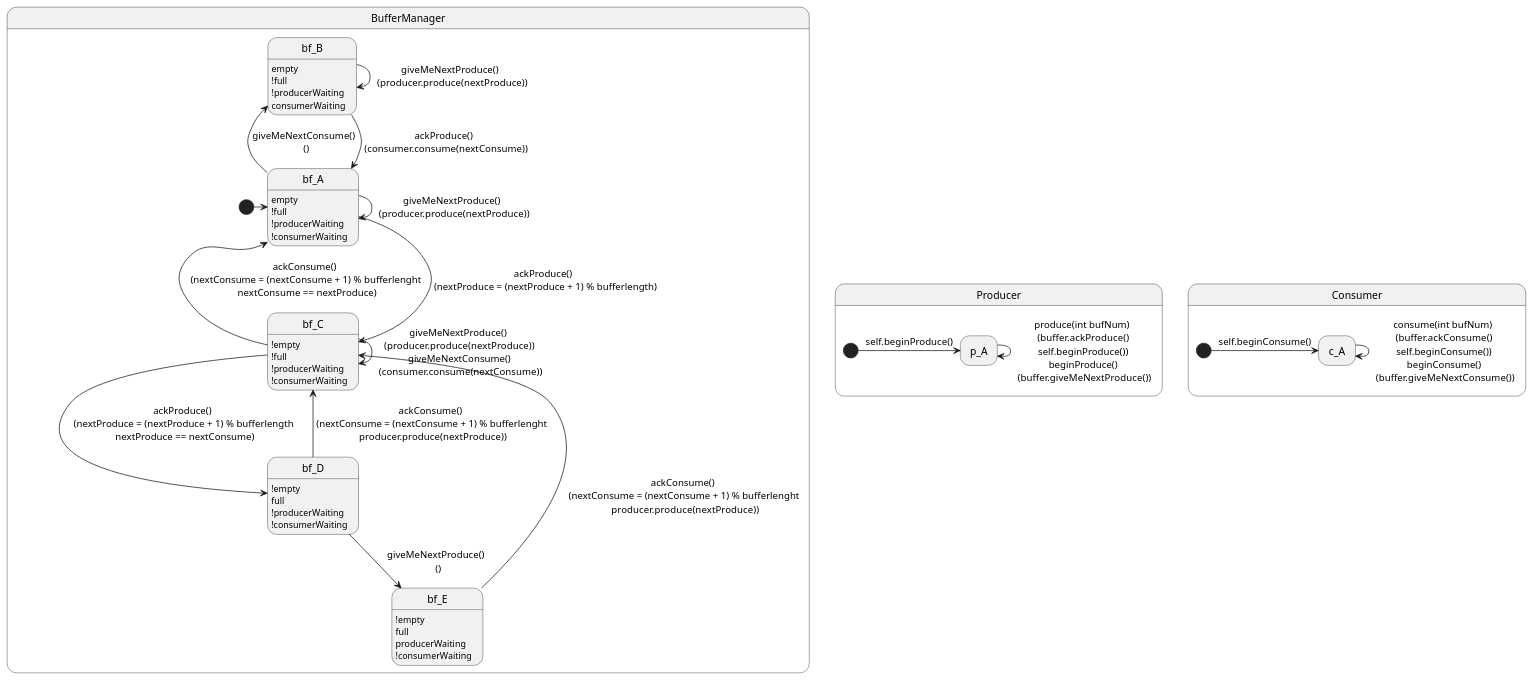
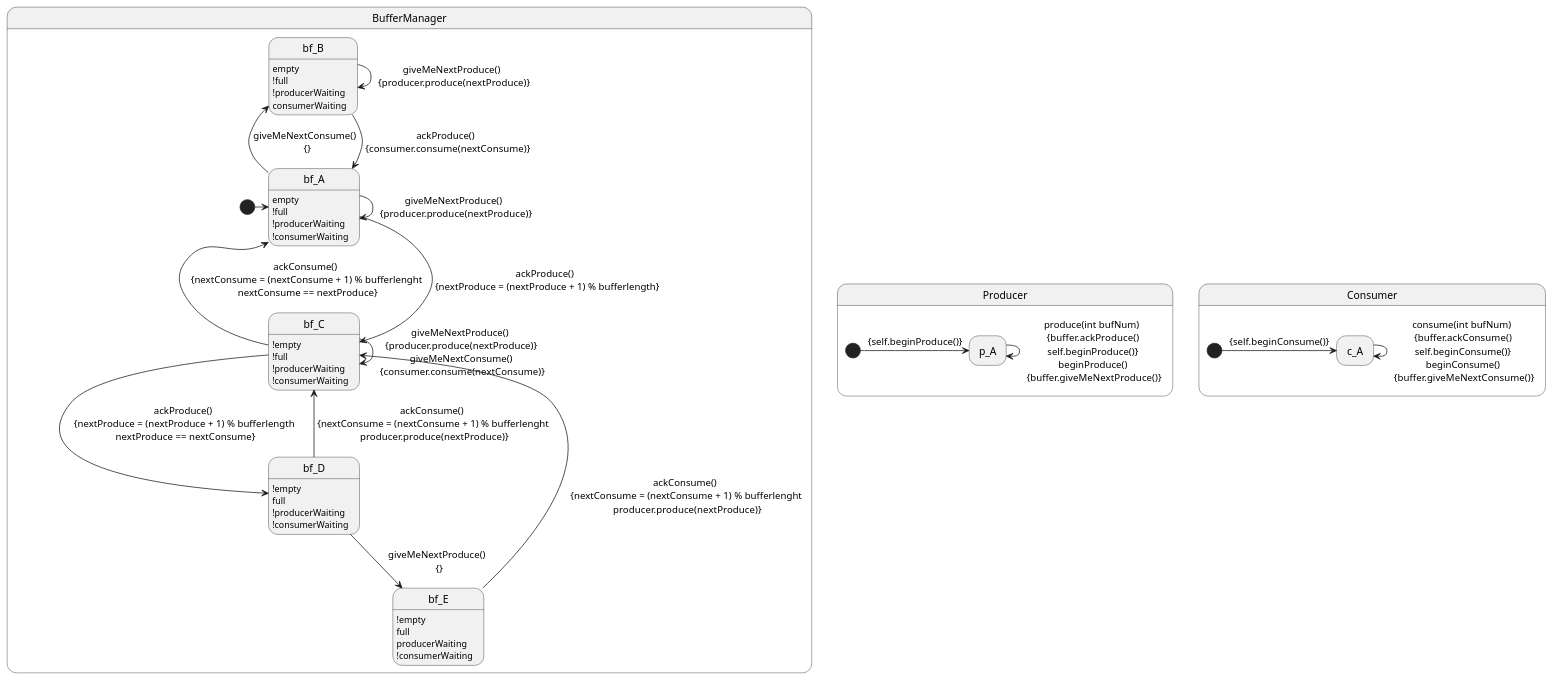
The diagram in ModelTranslations/ProducerConsumer/ProducerConsumer.plantuml (gnowin/UML-To-Rebecca-Dataset), drawn with PlantUML before and after one commit. The commit also changed 4 other files, not shown here.

```diff
--- a/ModelTranslations/ProducerConsumer/ProducerConsumer.plantuml
+++ b/ModelTranslations/ProducerConsumer/ProducerConsumer.plantuml
@@ -1,68 +1,68 @@
 @startuml
 
 hide empty description
 
 state BufferManager {
     state bf_A : empty
     state bf_A : !full
     state bf_A : !producerWaiting
     state bf_A : !consumerWaiting
 
     state bf_B : empty
     state bf_B : !full
     state bf_B : !producerWaiting
     state bf_B : consumerWaiting
 
     state bf_C : !empty
     state bf_C : !full
     state bf_C : !producerWaiting
     state bf_C : !consumerWaiting
 
     state bf_D : !empty
     state bf_D : full
     state bf_D : !producerWaiting
     state bf_D : !consumerWaiting
 
     state bf_E : !empty
     state bf_E : full
     state bf_E : producerWaiting
     state bf_E : !consumerWaiting
 
     
     [*] -> bf_A
 
-    bf_A -> bf_A : giveMeNextProduce() \n (producer.produce(nextProduce))
+    bf_A -> bf_A : giveMeNextProduce() \n {producer.produce(nextProduce)}
 
-    bf_A -up-> bf_B : giveMeNextConsume() \n ()
-    bf_B -down-> bf_A : ackProduce() \n (consumer.consume(nextConsume))
+    bf_A -up-> bf_B : giveMeNextConsume() \n {}
+    bf_B -down-> bf_A : ackProduce() \n {consumer.consume(nextConsume)}
    
-    bf_B -> bf_B : giveMeNextProduce() \n (producer.produce(nextProduce))
+    bf_B -> bf_B : giveMeNextProduce() \n {producer.produce(nextProduce)}
 
-    bf_A --> bf_C : ackProduce() \n (nextProduce = (nextProduce + 1) % bufferlength)
-    bf_C -left-> bf_A : ackConsume() \n (nextConsume = (nextConsume + 1) % bufferlenght \n nextConsume == nextProduce)
+    bf_A --> bf_C : ackProduce() \n {nextProduce = (nextProduce + 1) % bufferlength}
+    bf_C -left-> bf_A : ackConsume() \n {nextConsume = (nextConsume + 1) % bufferlenght \n nextConsume == nextProduce}
 
-    bf_C -> bf_C : giveMeNextProduce() \n (producer.produce(nextProduce)) \n giveMeNextConsume() \n (consumer.consume(nextConsume))
+    bf_C -> bf_C : giveMeNextProduce() \n {producer.produce(nextProduce)} \n giveMeNextConsume() \n {consumer.consume(nextConsume)}
 
-    bf_C --> bf_D : ackProduce() \n (nextProduce = (nextProduce + 1) % bufferlength \n nextProduce == nextConsume)
-    bf_D --> bf_C : ackConsume() \n (nextConsume = (nextConsume + 1) % bufferlenght \n producer.produce(nextProduce))
+    bf_C --> bf_D : ackProduce() \n {nextProduce = (nextProduce + 1) % bufferlength \n nextProduce == nextConsume}
+    bf_D --> bf_C : ackConsume() \n {nextConsume = (nextConsume + 1) % bufferlenght \n producer.produce(nextProduce)}
 
-    bf_D --> bf_E : giveMeNextProduce() \n ()
-    bf_E --> bf_C : ackConsume() \n (nextConsume = (nextConsume + 1) % bufferlenght \n producer.produce(nextProduce))
+    bf_D --> bf_E : giveMeNextProduce() \n {}
+    bf_E --> bf_C : ackConsume() \n {nextConsume = (nextConsume + 1) % bufferlenght \n producer.produce(nextProduce)}
 }
 
 state Producer{
 
     state p_A
 
-    [*] -> p_A : self.beginProduce()
-    p_A -> p_A : produce(int bufNum) \n (buffer.ackProduce() \n self.beginProduce()) \n beginProduce() \n (buffer.giveMeNextProduce())
+    [*] -> p_A : {self.beginProduce()}
+    p_A -> p_A : produce(int bufNum) \n {buffer.ackProduce() \n self.beginProduce()} \n beginProduce() \n {buffer.giveMeNextProduce()}
 }
 
 state Consumer{
     state c_A
 
-    [*] -> c_A : self.beginConsume()
-    c_A -> c_A : consume(int bufNum) \n (buffer.ackConsume() \n self.beginConsume()) \n beginConsume() \n (buffer.giveMeNextConsume())
+    [*] -> c_A : {self.beginConsume()}
+    c_A -> c_A : consume(int bufNum) \n {buffer.ackConsume() \n self.beginConsume()} \n beginConsume() \n {buffer.giveMeNextConsume()}
 }
 
 @enduml
```
